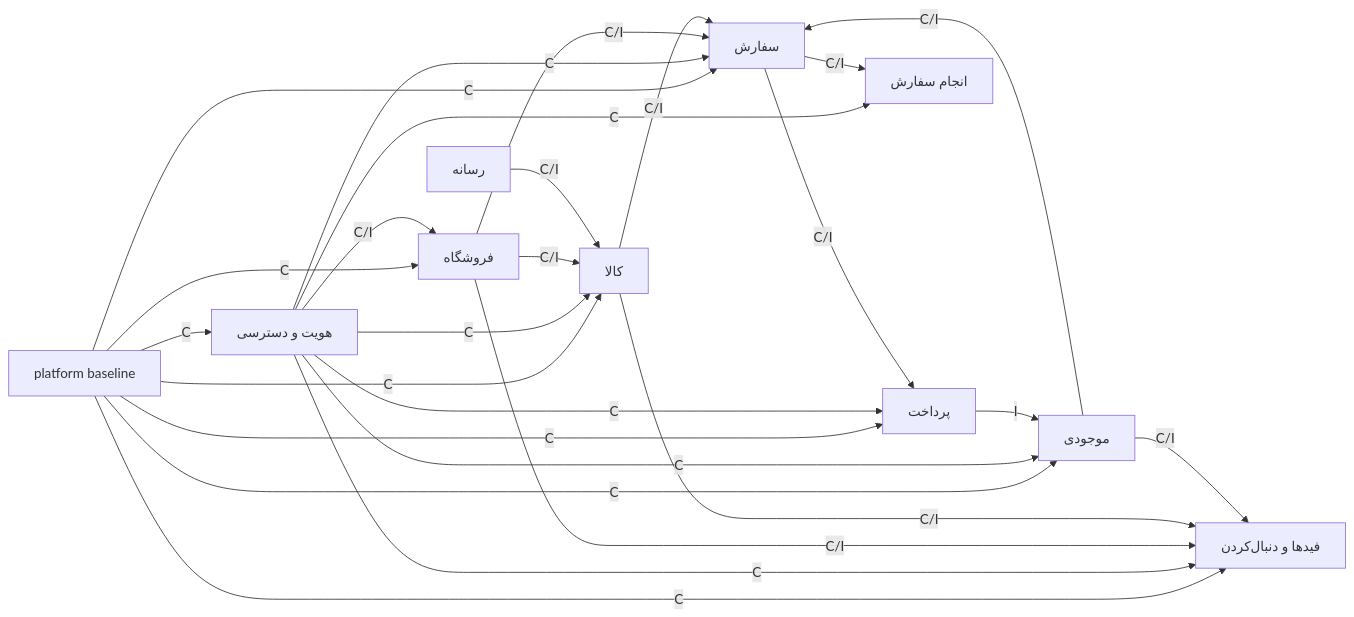
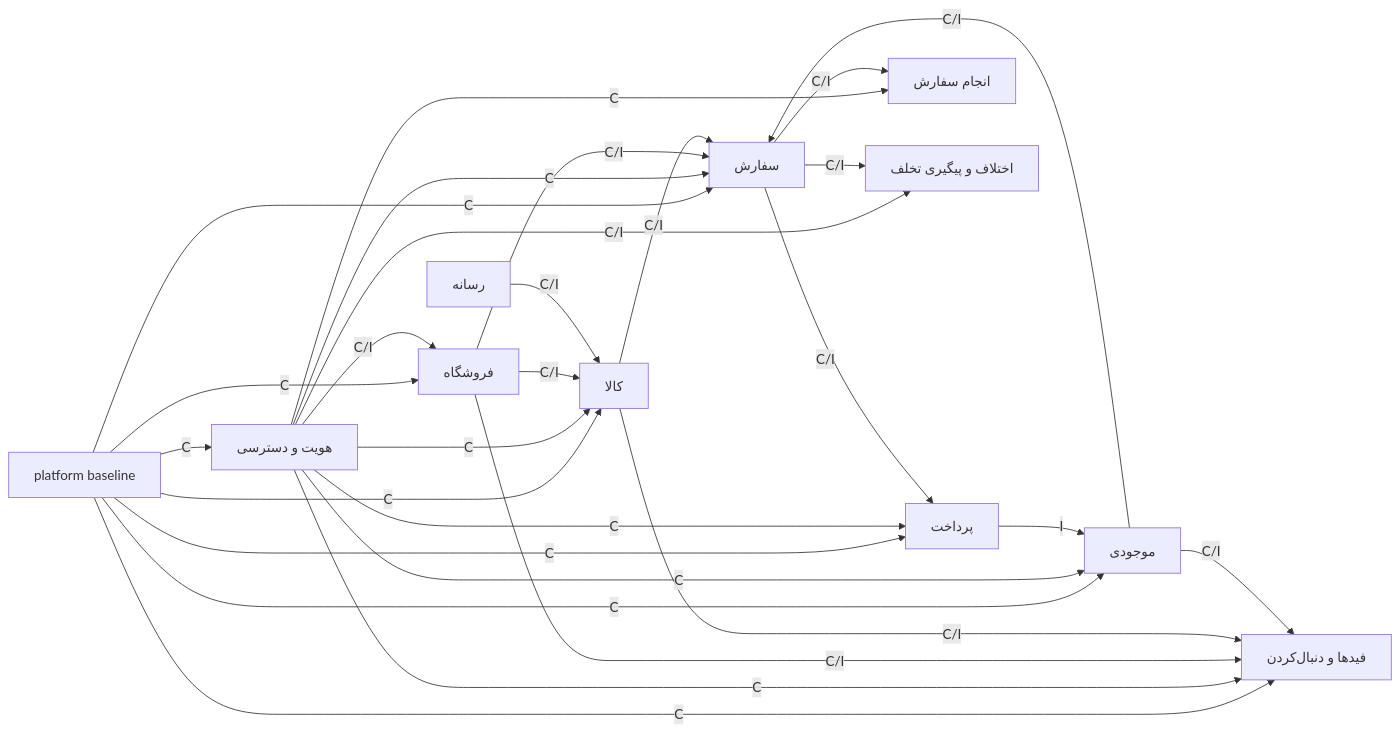
Before and after one commit to Mahaan-Amr/sevomart: the diagram in docs/architecture/v1-contract-dependency-graph.md, drawn with Mermaid. The commit also changed other lines of this file and 6 other files, not shown here.

````diff
--- a/docs/architecture/v1-contract-dependency-graph.md
+++ b/docs/architecture/v1-contract-dependency-graph.md
@@ -138,39 +141,42 @@
 ```mermaid
 flowchart LR
   P[platform baseline]
   IA[هویت و دسترسی]
   S[فروشگاه]
   M[رسانه]
   C[کالا]
   I[موجودی]
   O[سفارش]
   Pay[پرداخت]
   F[فیدها و دنبال‌کردن]
   Ful[انجام سفارش]
+  PF[اختلاف و پیگیری تخلف]
 
   P -->|C| IA
   P -->|C| S
   P -->|C| C
   P -->|C| I
   P -->|C| O
   P -->|C| Pay
   P -->|C| F
   IA -->|C/I| S
   IA -->|C| C
   IA -->|C| I
   IA -->|C| O
   IA -->|C| Pay
   IA -->|C| F
   IA -->|C| Ful
+  IA -->|C/I| PF
   S -->|C/I| C
   M -->|C/I| C
   S -->|C/I| O
   C -->|C/I| O
   I -->|C/I| O
   O -->|C/I| Pay
   Pay -->|I| I
   S -->|C/I| F
   C -->|C/I| F
   I -->|C/I| F
   O -->|C/I| Ful
+  O -->|C/I| PF
 ```
````
